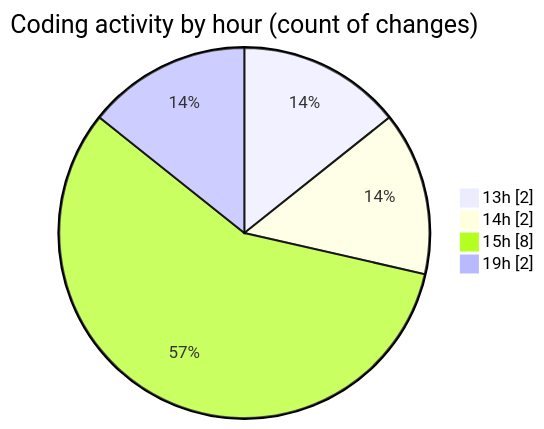
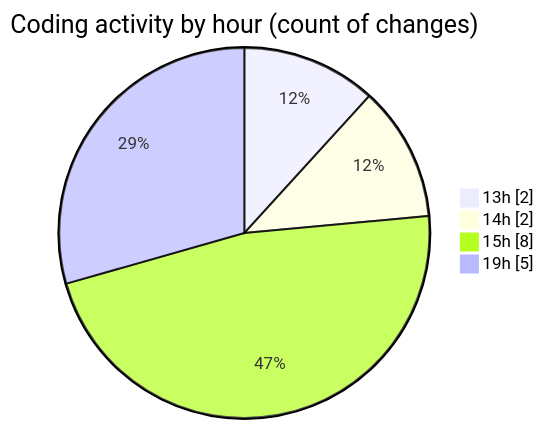
The second of 2 diagrams in 2025-07-23/transactions-new/README.md (EIIisD/code-tracking), drawn with Mermaid before and after one commit. The commit also changed other lines of this file and 1 other file, not shown here.

````diff
--- a/2025-07-23/transactions-new/README.md
+++ b/2025-07-23/transactions-new/README.md
@@ -37,8 +37,8 @@
 ```mermaid
 pie showData
 title Coding activity by hour (count of changes)
 "13h" : 2
 "14h" : 2
 "15h" : 8
-"19h" : 2
+"19h" : 5
 ```
````
